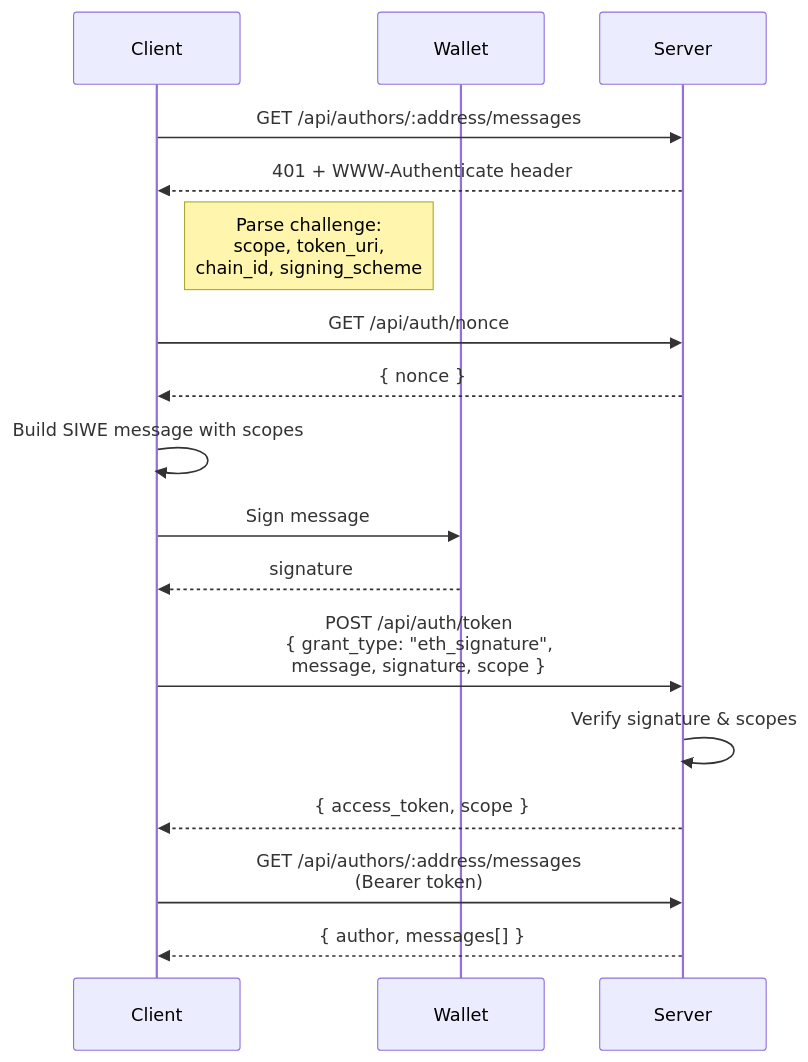
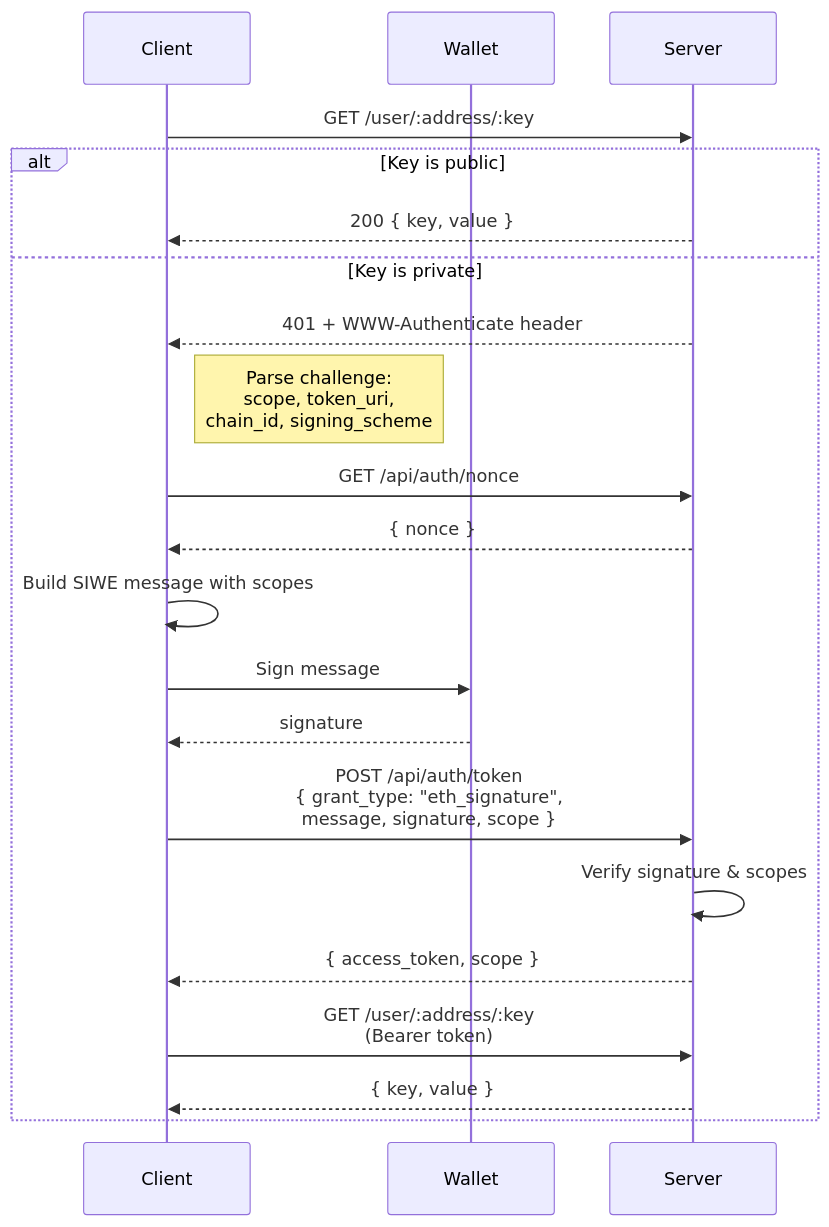
Before and after one commit to stephancill/eth-private-data-repo: the second of 2 diagrams in README.md, drawn with Mermaid. The commit also changed other lines of this file and 9 other files, not shown here.

````diff
--- a/README.md
+++ b/README.md
@@ -95,20 +97,24 @@
 ```mermaid
 sequenceDiagram
     participant Client
     participant Wallet
     participant Server
 
-    Client->>Server: GET /api/authors/:address/messages
-    Server-->>Client: 401 + WWW-Authenticate header
-    Note right of Client: Parse challenge:<br/>scope, token_uri,<br/>chain_id, signing_scheme
-    Client->>Server: GET /api/auth/nonce
-    Server-->>Client: { nonce }
-    Client->>Client: Build SIWE message with scopes
-    Client->>Wallet: Sign message
-    Wallet-->>Client: signature
-    Client->>Server: POST /api/auth/token<br/>{ grant_type: "eth_signature",<br/>message, signature, scope }
-    Server->>Server: Verify signature & scopes
-    Server-->>Client: { access_token, scope }
-    Client->>Server: GET /api/authors/:address/messages<br/>(Bearer token)
-    Server-->>Client: { author, messages[] }
+    Client->>Server: GET /user/:address/:key
+    alt Key is public
+        Server-->>Client: 200 { key, value }
+    else Key is private
+        Server-->>Client: 401 + WWW-Authenticate header
+        Note right of Client: Parse challenge:<br/>scope, token_uri,<br/>chain_id, signing_scheme
+        Client->>Server: GET /api/auth/nonce
+        Server-->>Client: { nonce }
+        Client->>Client: Build SIWE message with scopes
+        Client->>Wallet: Sign message
+        Wallet-->>Client: signature
+        Client->>Server: POST /api/auth/token<br/>{ grant_type: "eth_signature",<br/>message, signature, scope }
+        Server->>Server: Verify signature & scopes
+        Server-->>Client: { access_token, scope }
+        Client->>Server: GET /user/:address/:key<br/>(Bearer token)
+        Server-->>Client: { key, value }
+    end
 ```
````
